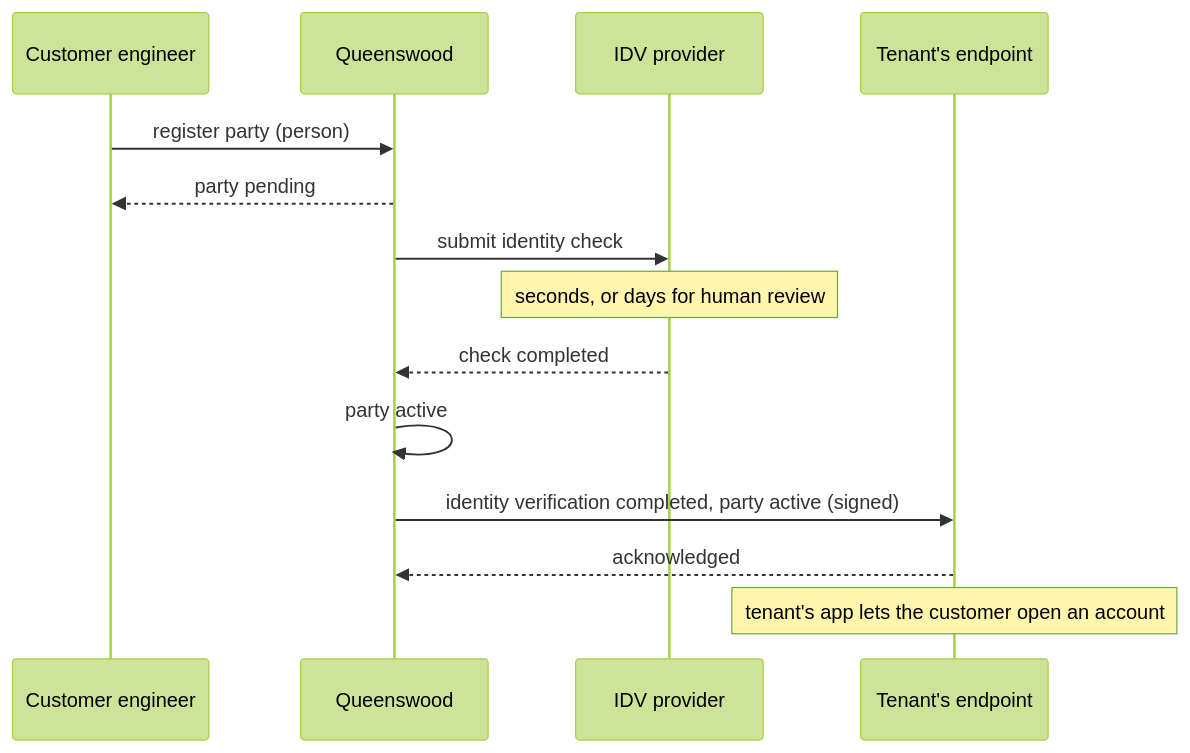
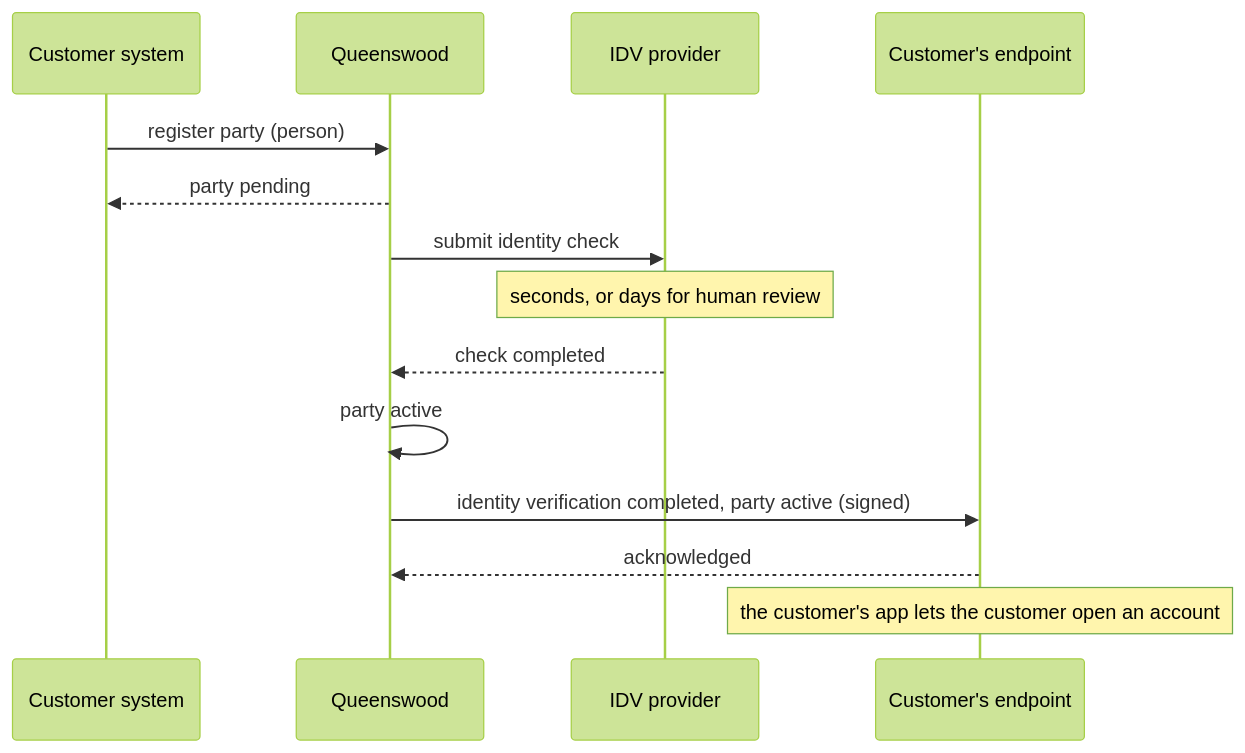
One commit to repldriven/queenswood changed the fourth of 4 diagrams in docs/prd/webhooks.md. Above: the diagram before and after it, drawn with Mermaid (forest theme). The commit also changed other lines of this file and 32 other files, not shown here.

````diff
--- a/docs/prd/webhooks.md
+++ b/docs/prd/webhooks.md
@@ -338,17 +338,17 @@
 ```mermaid
 sequenceDiagram
-    participant T as Customer engineer
+    participant T as Customer system
     participant Q as Queenswood
     participant I as IDV provider
-    participant E as Tenant's endpoint
+    participant E as Customer's endpoint
 
     T->>Q: register party (person)
     Q-->>T: party pending
     Q->>I: submit identity check
     Note over I: seconds, or days for human review
     I-->>Q: check completed
     Q->>Q: party active
     Q->>E: identity verification completed, party active (signed)
     E-->>Q: acknowledged
-    Note over E: tenant's app lets the customer open an account
+    Note over E: the customer's app lets the customer open an account
 ```
````
